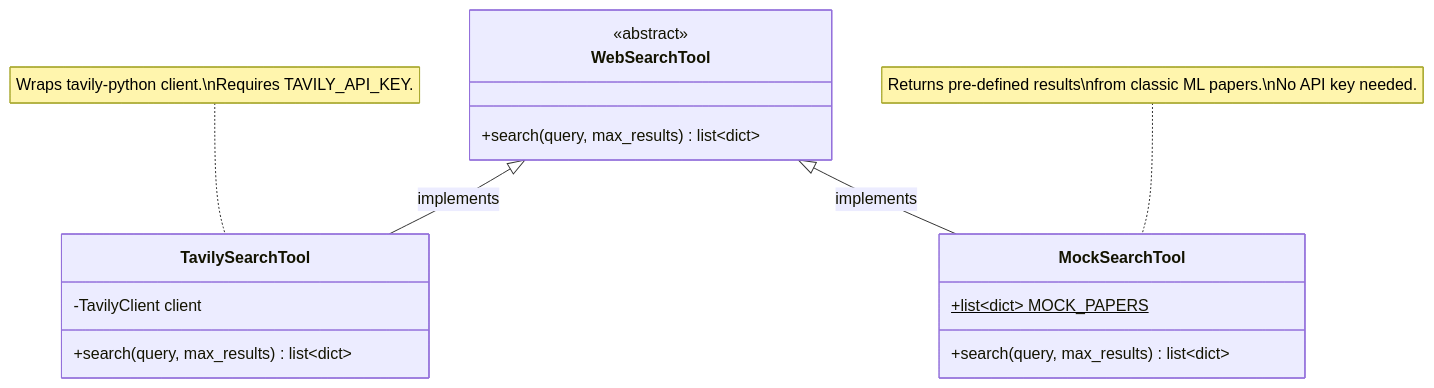
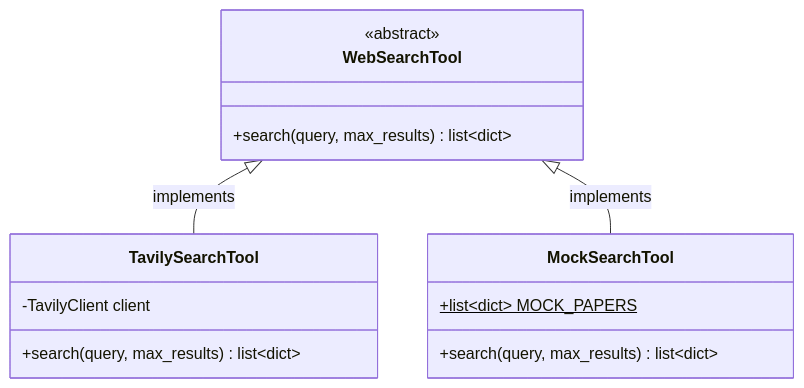
The fifth of 14 diagrams in notebooks/research_paper_creation/docs/research_paper_agentic_workflow_diagrams.md (dimitarpg13/agentic_architectures_and_design_patterns), drawn with Mermaid before and after one commit. The commit also changed other lines of this file, not shown here.

Commit message:
fix mermaid rendering errors in markdown

````diff
--- a/notebooks/research_paper_creation/docs/research_paper_agentic_workflow_diagrams.md
+++ b/notebooks/research_paper_creation/docs/research_paper_agentic_workflow_diagrams.md
@@ -278,23 +259,20 @@
 ```mermaid
 classDiagram
     class WebSearchTool {
         <<abstract>>
         +search(query, max_results) list~dict~
     }
 
     class TavilySearchTool {
         -TavilyClient client
         +search(query, max_results) list~dict~
     }
 
     class MockSearchTool {
         +list~dict~ MOCK_PAPERS$
         +search(query, max_results) list~dict~
     }
 
     WebSearchTool <|-- TavilySearchTool : implements
     WebSearchTool <|-- MockSearchTool : implements
-
-    note for MockSearchTool "Returns pre-defined results\nfrom classic ML papers.\nNo API key needed."
-    note for TavilySearchTool "Wraps tavily-python client.\nRequires TAVILY_API_KEY."
 ```
````
